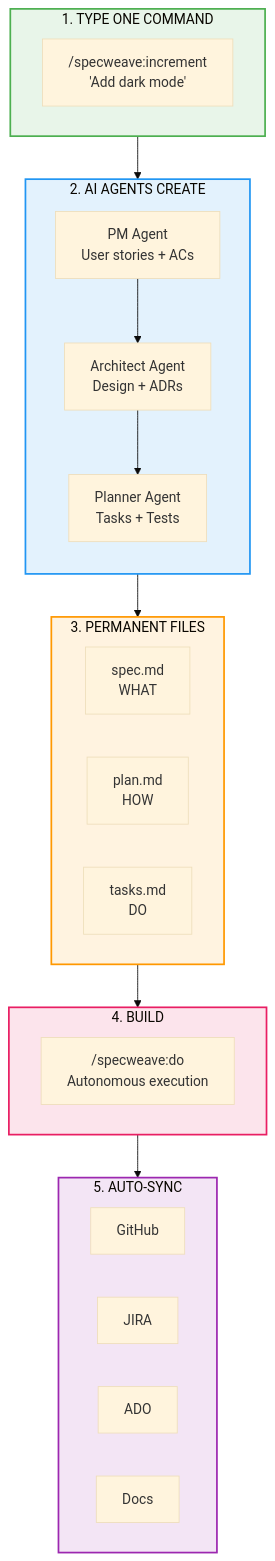
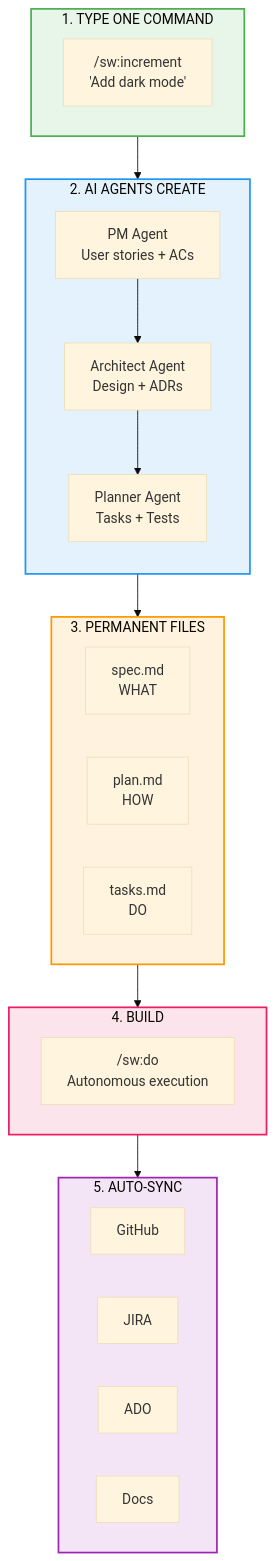
One commit to anton-abyzov/specweave changed the second of 2 diagrams in docs-site/docs/intro.md. Above: the diagram before and after it, drawn with Mermaid (base theme). The commit also changed other lines of this file and 505 other files, not shown here.

````diff
--- a/docs-site/docs/intro.md
+++ b/docs-site/docs/intro.md
@@ -90,44 +90,44 @@
 ```mermaid
 flowchart TB
     subgraph INPUT["1. TYPE ONE COMMAND"]
-        A["/specweave:increment<br/>'Add dark mode'"]
+        A["/sw:increment<br/>'Add dark mode'"]
     end
 
     subgraph AGENTS["2. AI AGENTS CREATE"]
         direction TB
         PM["PM Agent<br/>User stories + ACs"]
         ARCH["Architect Agent<br/>Design + ADRs"]
         PLAN["Planner Agent<br/>Tasks + Tests"]
         PM --> ARCH --> PLAN
     end
 
     subgraph OUTPUT["3. PERMANENT FILES"]
         direction LR
         SPEC["spec.md<br/>WHAT"]
         PLANF["plan.md<br/>HOW"]
         TASKS["tasks.md<br/>DO"]
     end
 
     subgraph EXECUTE["4. BUILD"]
-        B["/specweave:do<br/>Autonomous execution"]
+        B["/sw:do<br/>Autonomous execution"]
     end
 
     subgraph SYNC["5. AUTO-SYNC"]
         direction LR
         GH["GitHub"]
         JIRA["JIRA"]
         ADO["ADO"]
         DOCS["Docs"]
     end
 
     INPUT --> AGENTS
     AGENTS --> OUTPUT
     OUTPUT --> EXECUTE
     EXECUTE --> SYNC
 
     style INPUT fill:#e8f5e9,stroke:#4caf50,stroke-width:2px
     style AGENTS fill:#e3f2fd,stroke:#2196f3,stroke-width:2px
     style OUTPUT fill:#fff3e0,stroke:#ff9800,stroke-width:2px
     style EXECUTE fill:#fce4ec,stroke:#e91e63,stroke-width:2px
     style SYNC fill:#f3e5f5,stroke:#9c27b0,stroke-width:2px
 ```
````
